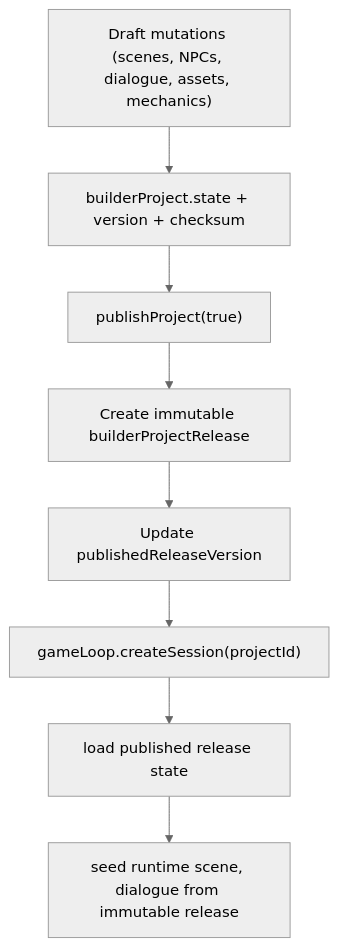
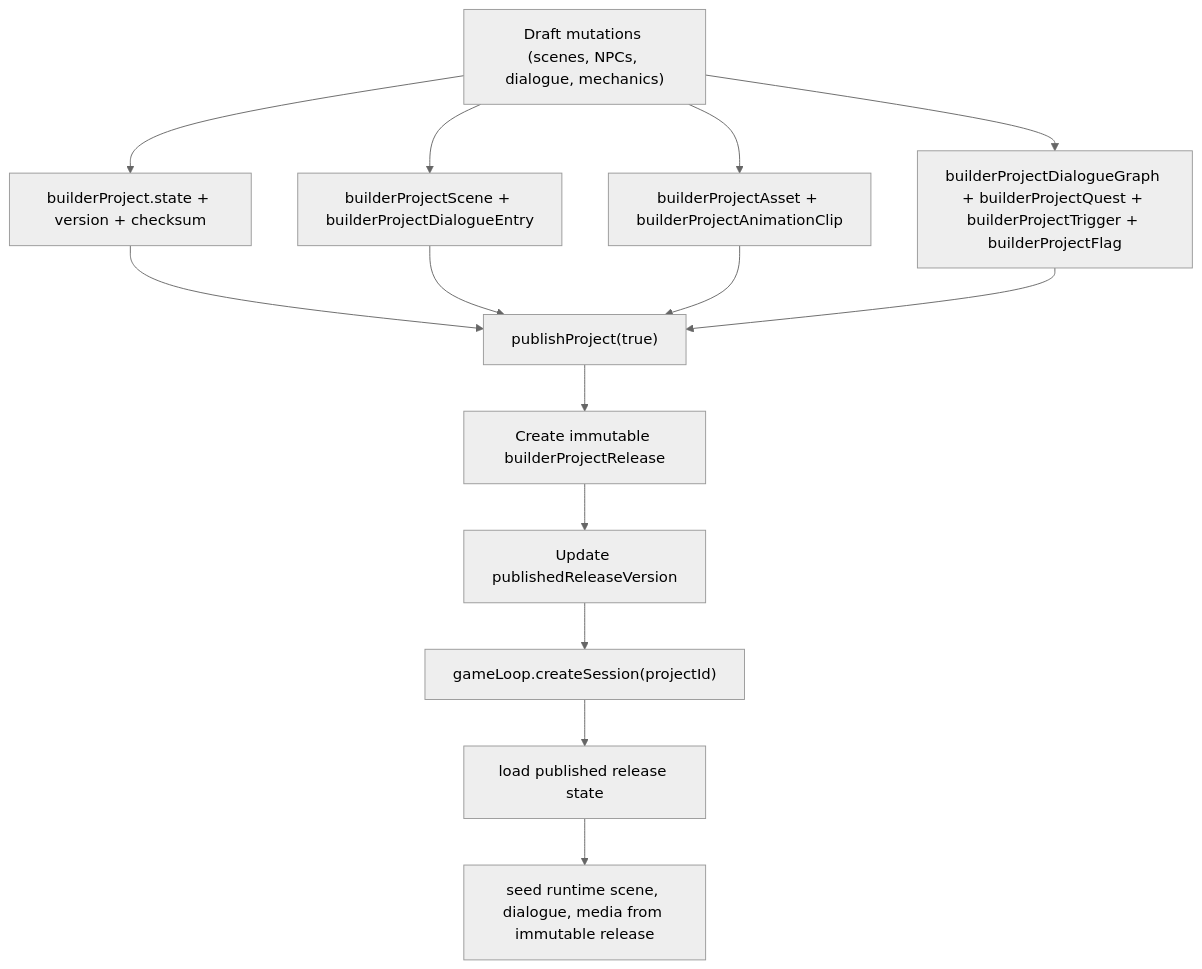
The fourth of 4 diagrams in ARCHITECTURE.md (d4551/tea), drawn with Mermaid (neutral theme) before and after one commit. The commit also changed other lines of this file and 64 other files, not shown here.

Commit message:
docs: align architecture map and readme with domain-driven builder, new Prisma extension models, and lifecycle-managed polling plugins

````diff
--- a/ARCHITECTURE.md
+++ b/ARCHITECTURE.md
@@ -160,10 +173,16 @@
 ```mermaid
 flowchart TD
-  DRAFT["Draft mutations (scenes, NPCs, dialogue, assets, mechanics)"] --> PROJECT["builderProject.state + version + checksum"]
+  DRAFT["Draft mutations (scenes, NPCs, dialogue, mechanics)"] --> PROJECT["builderProject.state + version + checksum"]
+  DRAFT --> CONTENT["builderProjectScene + builderProjectDialogueEntry"]
+  DRAFT --> MEDIA["builderProjectAsset + builderProjectAnimationClip"]
+  DRAFT --> MECHANICS["builderProjectDialogueGraph + builderProjectQuest + builderProjectTrigger + builderProjectFlag"]
   PROJECT --> PUBLISH["publishProject(true)"]
+  CONTENT --> PUBLISH
+  MEDIA --> PUBLISH
+  MECHANICS --> PUBLISH
   PUBLISH --> SNAPSHOT["Create immutable builderProjectRelease"]
   SNAPSHOT --> POINTER["Update publishedReleaseVersion"]
   POINTER --> RUNTIME["gameLoop.createSession(projectId)"]
   RUNTIME --> RELEASE["load published release state"]
-  RELEASE --> SESSION["seed runtime scene, dialogue from immutable release"]
+  RELEASE --> SESSION["seed runtime scene, dialogue, media from immutable release"]
 ```
````
